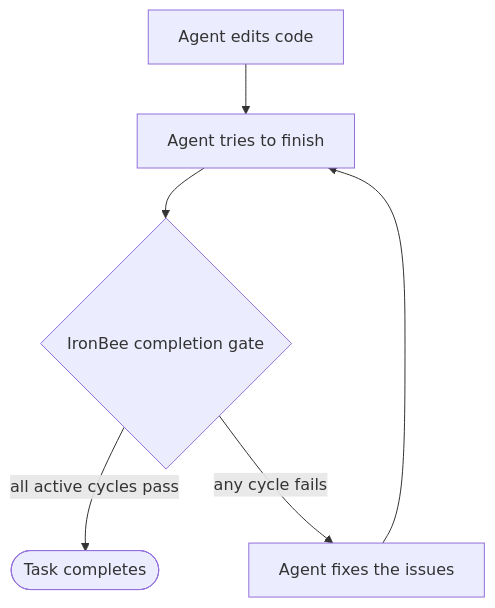
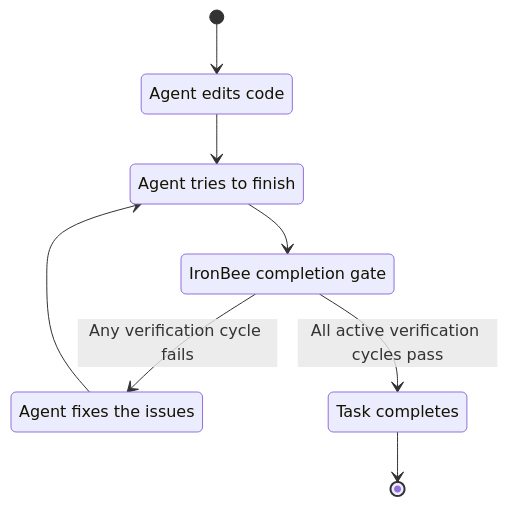
One commit to ironbee-ai/ironbee-docs changed the diagram in getting-started/introduction.mdx. Above: the diagram before and after it, drawn with Mermaid. The commit also changed other lines of this file and 3 other files, not shown here.

````diff
--- a/getting-started/introduction.mdx
+++ b/getting-started/introduction.mdx
@@ -47,8 +48,21 @@
 ```mermaid
-flowchart TD
-    A[Agent edits code] --> B[Agent tries to finish]
-    B --> C{IronBee completion gate}
-    C -->|all active cycles pass| D([Task completes])
-    C -->|any cycle fails| E[Agent fixes the issues]
-    E --> B
+stateDiagram-v2
+    [*] --> AgentEditsCode
+    AgentEditsCode: Agent edits code
+
+    AgentEditsCode --> AgentTriesToFinish
+    AgentTriesToFinish: Agent tries to finish
+
+    AgentTriesToFinish --> CompletionGate
+    CompletionGate: IronBee completion gate
+
+    CompletionGate --> AgentFixesIssues: Any verification cycle fails
+    AgentFixesIssues: Agent fixes the issues
+
+    AgentFixesIssues --> AgentTriesToFinish
+
+    CompletionGate --> TaskCompletes: All active verification cycles pass
+    TaskCompletes: Task completes
+
+    TaskCompletes --> [*]
 ```
````
